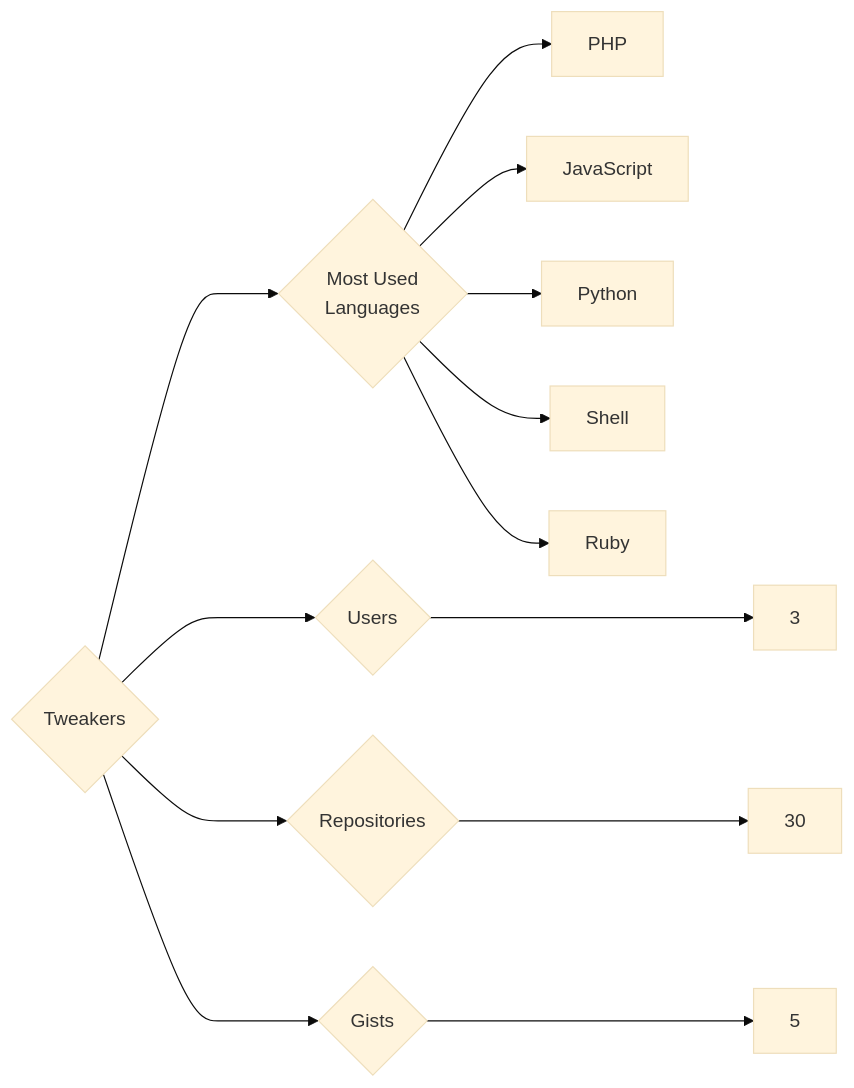
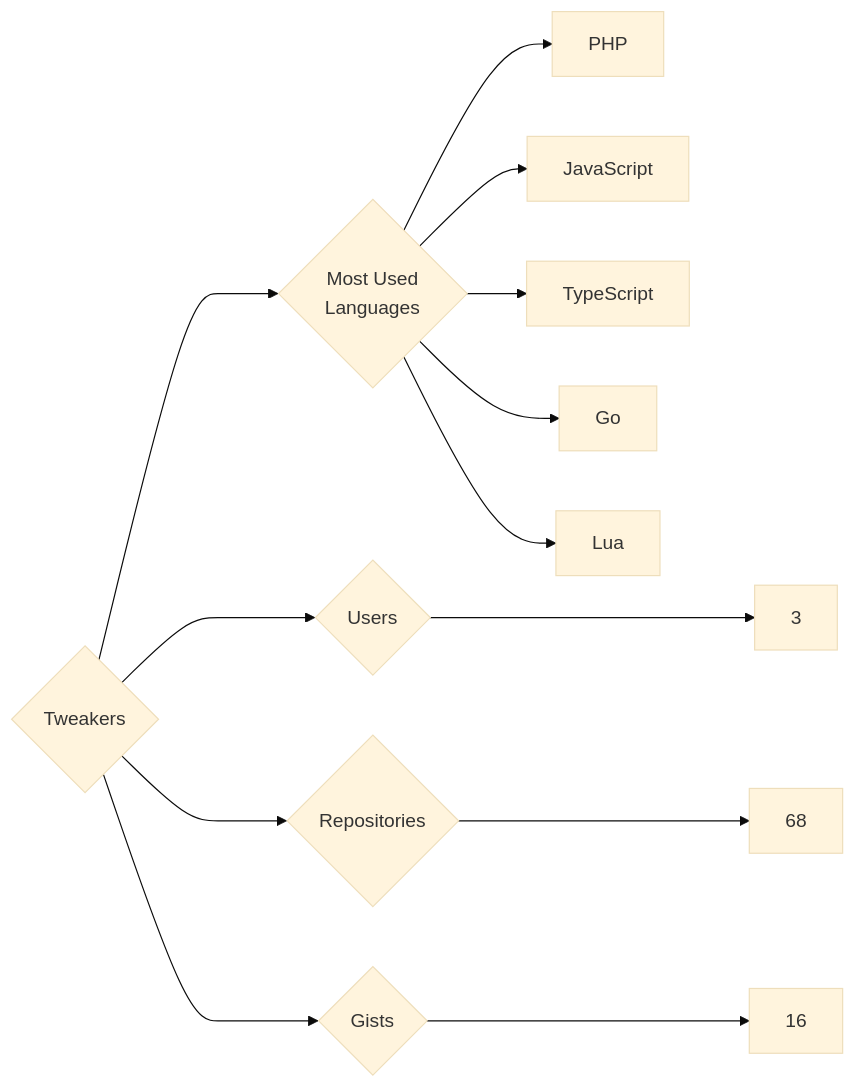
One commit to trickest/insiders changed the diagram in targets/Tweakers/README.md. Above: the diagram before and after it, drawn with Mermaid (base theme). The commit also changed 1484 other files, not shown here.

````diff
--- a/targets/Tweakers/README.md
+++ b/targets/Tweakers/README.md
@@ -3,13 +3,13 @@
 ```mermaid
 graph LR
 COMPANY_NAME{Tweakers}
 COMPANY_NAME ---> U{Users} ---> UN[3]
-COMPANY_NAME ---> R{Repositories} ---> RN[30]
-COMPANY_NAME ---> G{Gists} ---> GN[5]
+COMPANY_NAME ---> R{Repositories} ---> RN[68]
+COMPANY_NAME ---> G{Gists} ---> GN[16]
 COMPANY_NAME ---> ML{Most Used<br>Languages}
 ML --> PHP[PHP]
 ML --> JavaScript[JavaScript]
-ML --> Python[Python]
-ML --> Shell[Shell]
-ML --> Ruby[Ruby]
+ML --> TypeScript[TypeScript]
+ML --> Go[Go]
+ML --> Lua[Lua]
 ```
````
